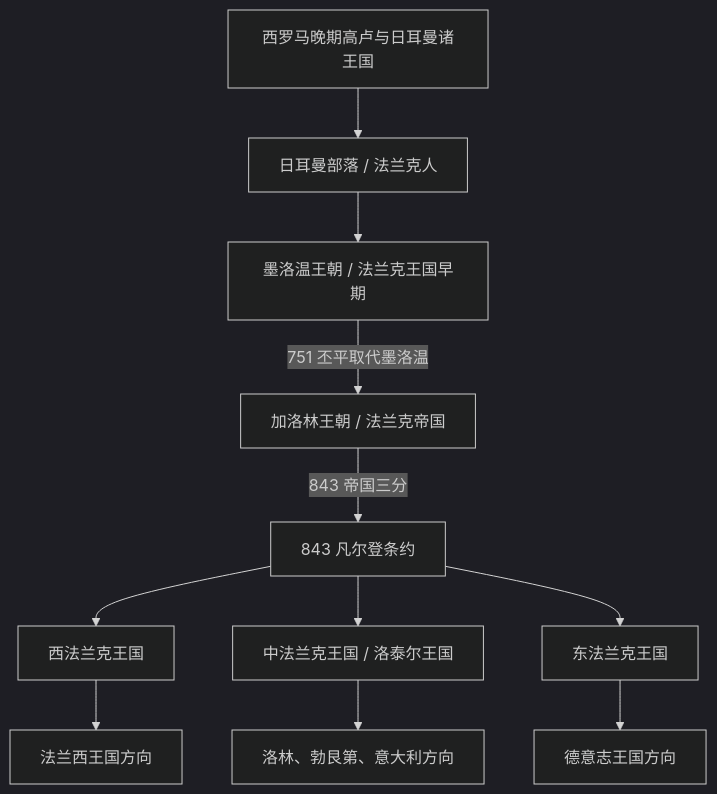
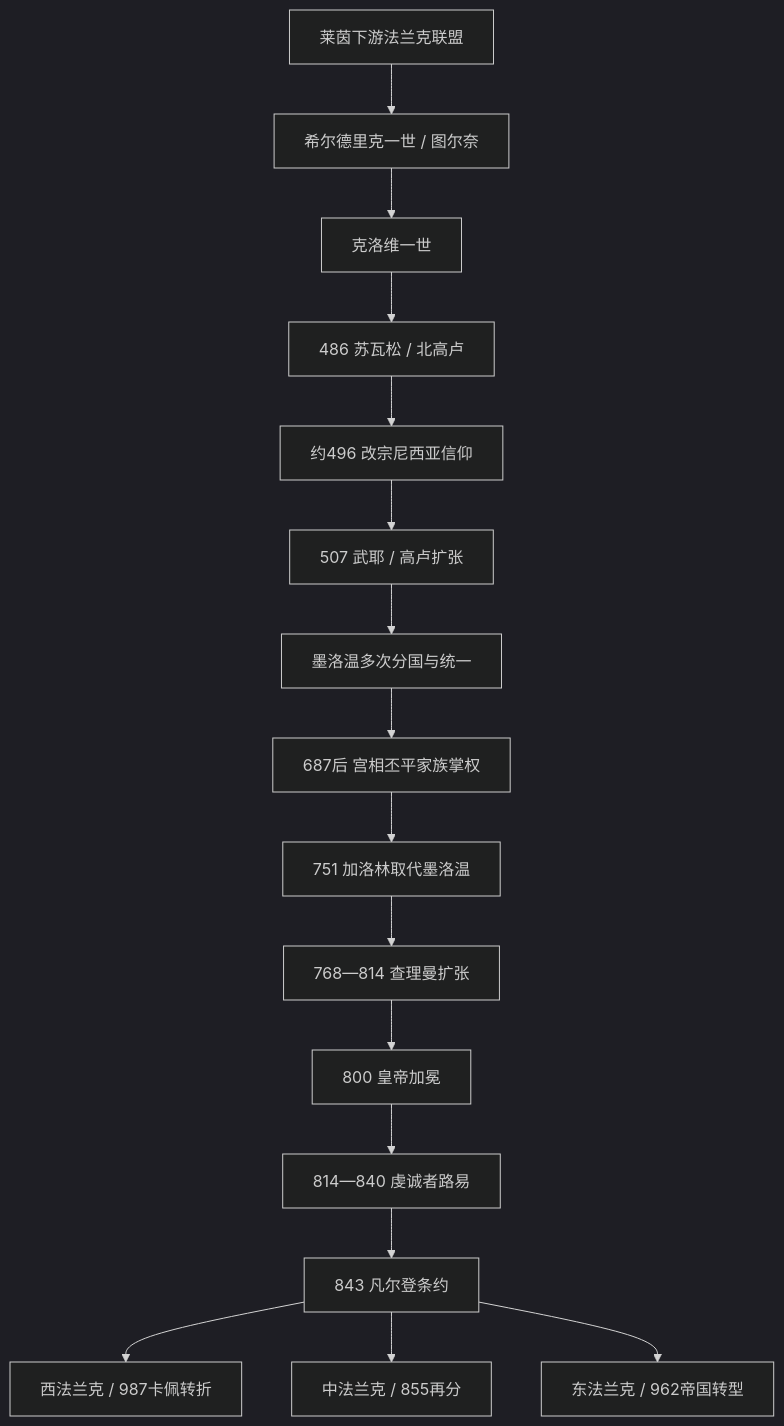
The diagram in 人文科学/历史/欧洲/_通史/后罗马时代的日耳曼诸国/法兰克王国/README.md (tianlan-dev/learning-notes), drawn with Mermaid (dark theme) before and after one commit. The commit also changed other lines of this file and 1417 other files, not shown here.

````diff
--- a/人文科学/历史/欧洲/_通史/后罗马时代的日耳曼诸国/法兰克王国/README.md
+++ b/人文科学/历史/欧洲/_通史/后罗马时代的日耳曼诸国/法兰克王国/README.md
@@ -15,24 +17,18 @@
 ```mermaid
 flowchart TD
-    R0["西罗马晚期高卢与日耳曼诸王国"]
-    G["日耳曼部落 / 法兰克人"]
-    M["墨洛温王朝 / 法兰克王国早期"]
-    C["加洛林王朝 / 法兰克帝国"]
-    V["843 凡尔登条约"]
-    W["西法兰克王国"]
-    L["中法兰克王国 / 洛泰尔王国"]
-    E["东法兰克王国"]
-    F["法兰西王国方向"]
-    I["洛林、勃艮第、意大利方向"]
-    D["德意志王国方向"]
-    R0 --> G
-    G --> M
-    M -->|751 丕平取代墨洛温| C
-    C -->|843 帝国三分| V
-    V --> W
-    V --> L
-    V --> E
-    W --> F
-    L --> I
-    E --> D
+    A["莱茵下游法兰克联盟"] --> B["希尔德里克一世 / 图尔奈"]
+    B --> C["克洛维一世"]
+    C --> D["486 苏瓦松 / 北高卢"]
+    D --> E["约496 改宗尼西亚信仰"]
+    E --> F["507 武耶 / 高卢扩张"]
+    F --> G["墨洛温多次分国与统一"]
+    G --> H["687后 宫相丕平家族掌权"]
+    H --> I["751 加洛林取代墨洛温"]
+    I --> J["768—814 查理曼扩张"]
+    J --> K["800 皇帝加冕"]
+    K --> L["814—840 虔诚者路易"]
+    L --> M["843 凡尔登条约"]
+    M --> W["西法兰克 / 987卡佩转折"]
+    M --> X["中法兰克 / 855再分"]
+    M --> Y["东法兰克 / 962帝国转型"]
 ```
````
